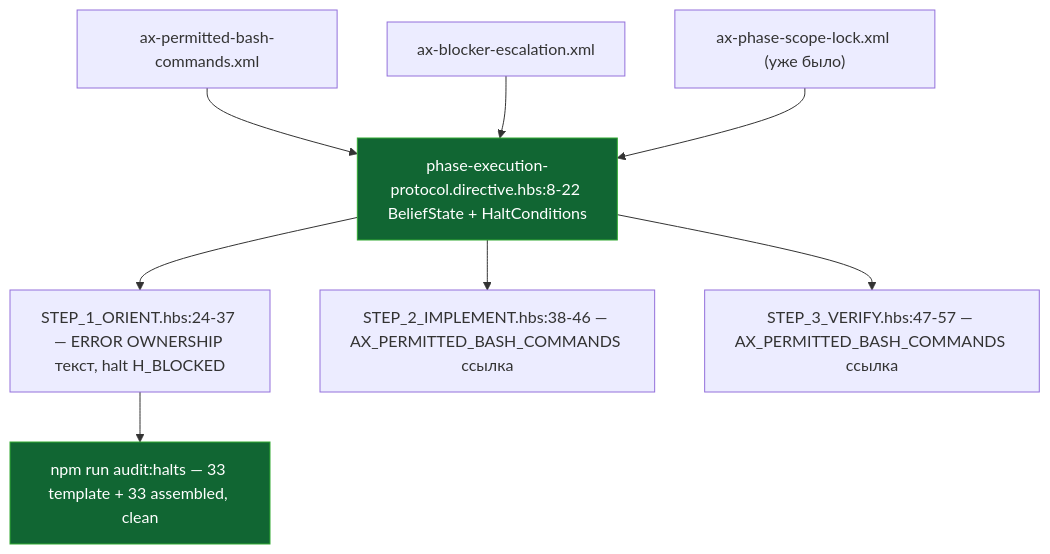
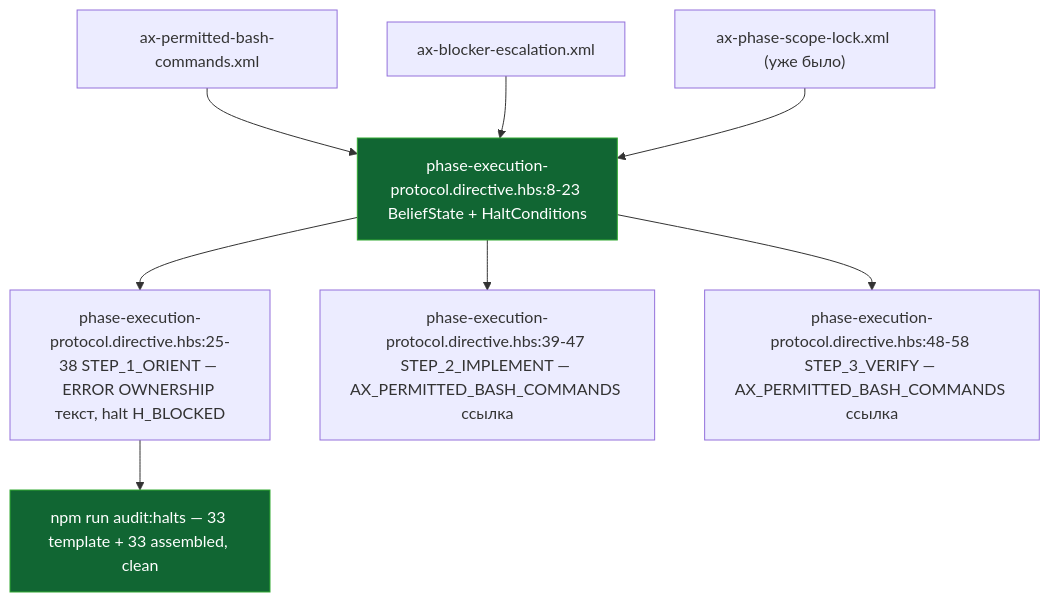
Before and after one commit to RubaXa/gennady: the second of 2 diagrams in ai/drafts/research/sdd-v1-to-v2-transfer/_raw/reports/R-T-B6-12.md, drawn with Mermaid. The commit also changed other lines of this file and 6 other files, not shown here.

````diff
--- a/ai/drafts/research/sdd-v1-to-v2-transfer/_raw/reports/R-T-B6-12.md
+++ b/ai/drafts/research/sdd-v1-to-v2-transfer/_raw/reports/R-T-B6-12.md
@@ -43,13 +43,13 @@
 ```mermaid
 flowchart TB
   AXPBC["ax-permitted-bash-commands.xml"] --> PEP
   AXBE["ax-blocker-escalation.xml"] --> PEP
   AXPSL["ax-phase-scope-lock.xml (уже было)"] --> PEP
-  PEP["phase-execution-protocol.directive.hbs:8-22 BeliefState + HaltConditions"]
-  PEP --> S1["STEP_1_ORIENT.hbs:24-37 — ERROR OWNERSHIP текст, halt H_BLOCKED"]
-  PEP --> S2["STEP_2_IMPLEMENT.hbs:38-46 — AX_PERMITTED_BASH_COMMANDS ссылка"]
-  PEP --> S3["STEP_3_VERIFY.hbs:47-57 — AX_PERMITTED_BASH_COMMANDS ссылка"]
+  PEP["phase-execution-protocol.directive.hbs:8-23 BeliefState + HaltConditions"]
+  PEP --> S1["phase-execution-protocol.directive.hbs:25-38 STEP_1_ORIENT — ERROR OWNERSHIP текст, halt H_BLOCKED"]
+  PEP --> S2["phase-execution-protocol.directive.hbs:39-47 STEP_2_IMPLEMENT — AX_PERMITTED_BASH_COMMANDS ссылка"]
+  PEP --> S3["phase-execution-protocol.directive.hbs:48-58 STEP_3_VERIFY — AX_PERMITTED_BASH_COMMANDS ссылка"]
   S1 --> HALTS["npm run audit:halts — 33 template + 33 assembled, clean"]
   style PEP fill:#163,stroke:#3a3,color:#fff
   style HALTS fill:#163,stroke:#3a3,color:#fff
 ```
````
